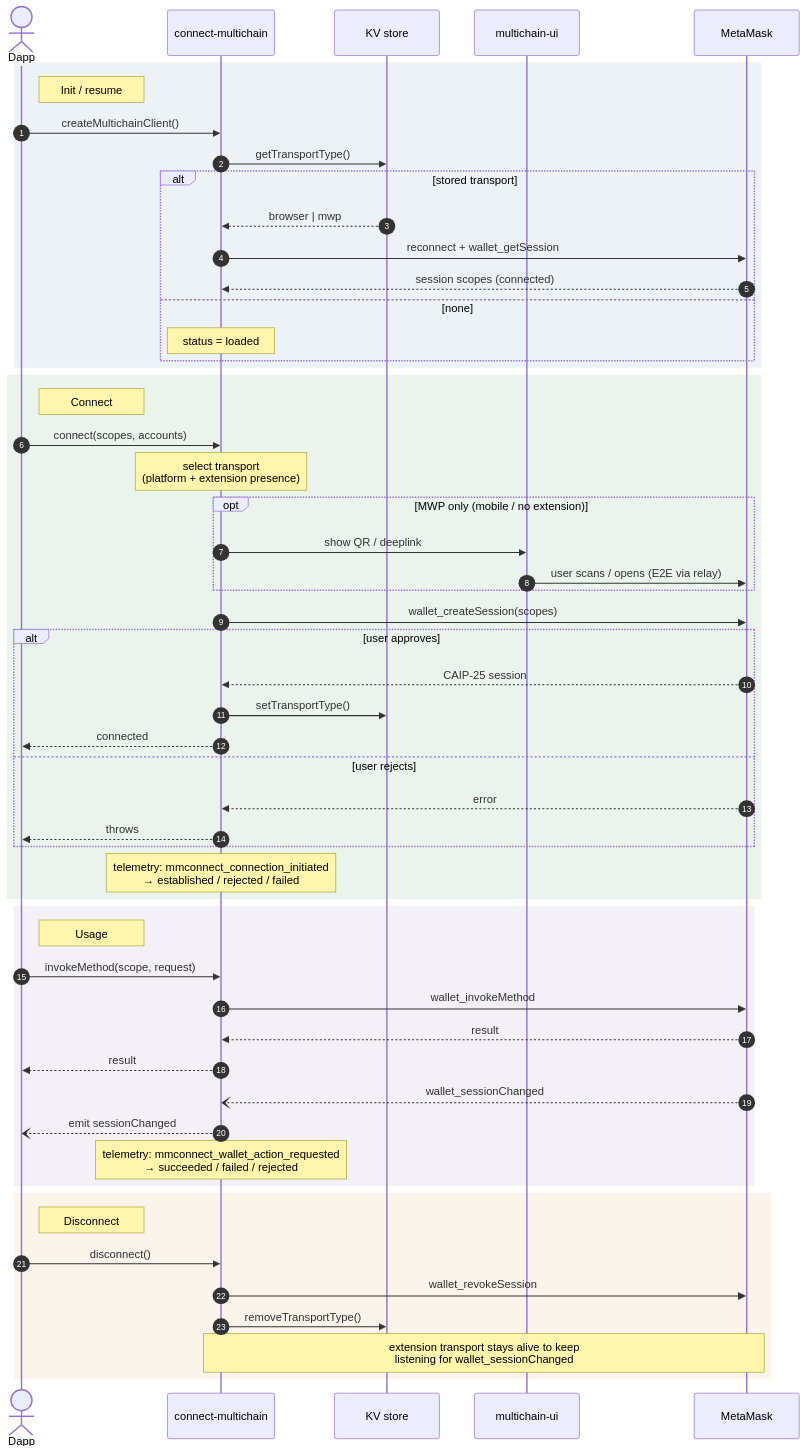
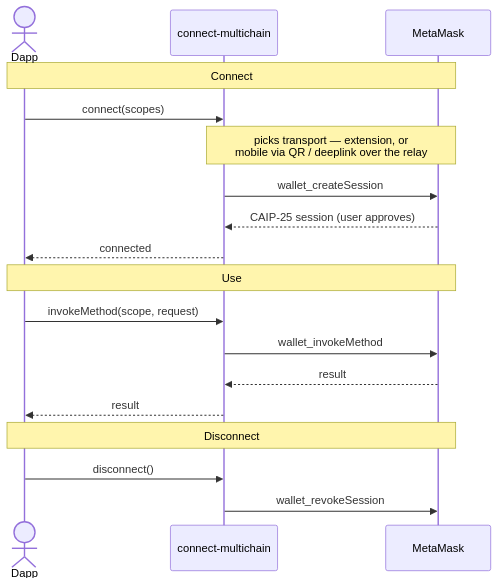
The third of 3 diagrams in docs/architecture.md (MetaMask/connect-monorepo), drawn with Mermaid before and after one commit. The commit also changed other lines of this file, not shown here.

Commit message:
docs: simplify lifecycle diagram for legibility
Cut to three participants (Dapp / client / MetaMask) and the happy-path
connect → use → disconnect flow. Drops the background bands, alt/opt
branches, KV-store and UI lanes, and per-phase telemetry notes that made
the diagram hard to read. Transport selection is kept as a single note;
persistence/resumption detail lives in the composition section above.

````diff
--- a/docs/architecture.md
+++ b/docs/architecture.md
@@ -124,61 +124,23 @@
 ```mermaid
 sequenceDiagram
-  autonumber
   actor Dapp
   participant Client as connect-multichain
-  participant Store as KV store
-  participant UI as multichain-ui
   participant Wallet as MetaMask
 
-  rect rgb(237, 242, 247)
-    note right of Dapp: Init / resume
-    Dapp->>Client: createMultichainClient()
-    Client->>Store: getTransportType()
-    alt stored transport
-      Store-->>Client: browser | mwp
-      Client->>Wallet: reconnect + wallet_getSession
-      Wallet-->>Client: session scopes (connected)
-    else none
-      note over Client: status = loaded
-    end
-  end
+  Note over Dapp,Wallet: Connect
+  Dapp->>Client: connect(scopes)
+  Note over Client,Wallet: picks transport — extension, or<br/>mobile via QR / deeplink over the relay
+  Client->>Wallet: wallet_createSession
+  Wallet-->>Client: CAIP-25 session (user approves)
+  Client-->>Dapp: connected
 
-  rect rgb(235, 244, 236)
-    note right of Dapp: Connect
-    Dapp->>Client: connect(scopes, accounts)
-    note over Client: select transport<br/>(platform + extension presence)
-    opt MWP only (mobile / no extension)
-      Client->>UI: show QR / deeplink
-      UI->>Wallet: user scans / opens (E2E via relay)
-    end
-    Client->>Wallet: wallet_createSession(scopes)
-    alt user approves
-      Wallet-->>Client: CAIP-25 session
-      Client->>Store: setTransportType()
-      Client-->>Dapp: connected
-    else user rejects
-      Wallet-->>Client: error
-      Client-->>Dapp: throws
-    end
-    note over Client: telemetry: mmconnect_connection_initiated<br/>→ established / rejected / failed
-  end
+  Note over Dapp,Wallet: Use
+  Dapp->>Client: invokeMethod(scope, request)
+  Client->>Wallet: wallet_invokeMethod
+  Wallet-->>Client: result
+  Client-->>Dapp: result
 
-  rect rgb(244, 240, 247)
-    note right of Dapp: Usage
-    Dapp->>Client: invokeMethod(scope, request)
-    Client->>Wallet: wallet_invokeMethod
-    Wallet-->>Client: result
-    Client-->>Dapp: result
-    Wallet--)Client: wallet_sessionChanged
-    Client--)Dapp: emit sessionChanged
-    note over Client: telemetry: mmconnect_wallet_action_requested<br/>→ succeeded / failed / rejected
-  end
-
-  rect rgb(250, 244, 235)
-    note right of Dapp: Disconnect
-    Dapp->>Client: disconnect()
-    Client->>Wallet: wallet_revokeSession
-    Client->>Store: removeTransportType()
-    note over Client,Wallet: extension transport stays alive to keep<br/>listening for wallet_sessionChanged
-  end
+  Note over Dapp,Wallet: Disconnect
+  Dapp->>Client: disconnect()
+  Client->>Wallet: wallet_revokeSession
 ```
````
